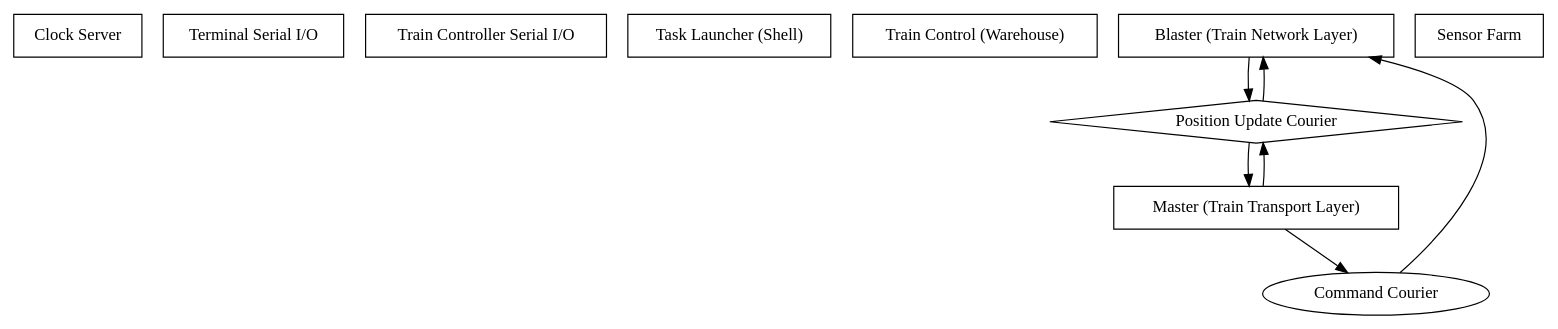
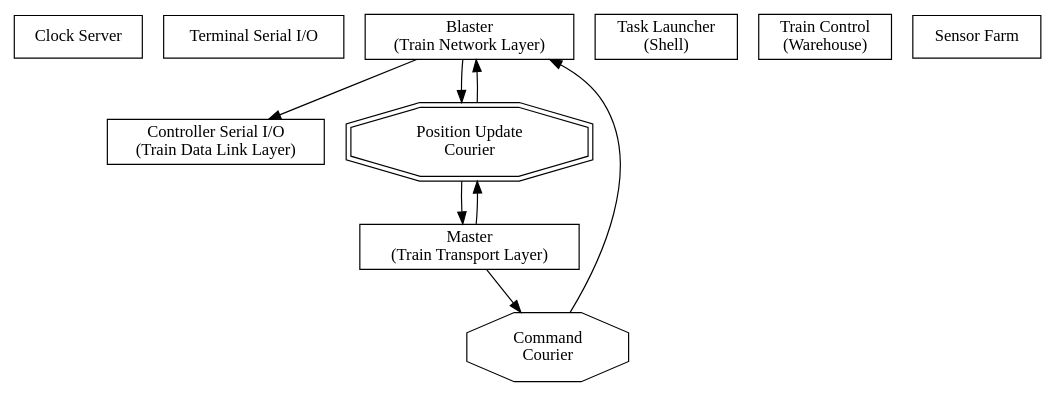
The diagram in report/tasks.dot (ferrous26/cs452-flaming-meme), drawn with Graphviz before and after one commit.

Commit message:
More fanciness for the graph

```diff
--- a/report/tasks.dot
+++ b/report/tasks.dot
@@ -1,21 +1,23 @@
 digraph tasks {
 
   clock_server  [label = "Clock Server", shape = record];
   term_server   [label = "Terminal Serial I/O", shape = record];
-  train_server  [label = "Train Controller Serial I/O", shape = record];
 
-  task_launcher [label = "Task Launcher (Shell)", shape = record];
+  train_server  [label = "Controller Serial I/O&#10;(Train Data Link Layer)", shape = record];
+  blaster -> train_server;
 
-  train_control [label = "Train Control (Warehouse)", shape = record];
-  blaster       [label = "Blaster (Train Network Layer)", shape = record];
-  master        [label = "Master (Train Transport Layer)", shape = record];
+  task_launcher [label = "Task Launcher&#10;(Shell)", shape = record];
 
-  mb_command_courier [label = "Command Courier", shape = oval];
+  train_control [label = "Train Control&#10;(Warehouse)", shape = record];
+  blaster       [label = "Blaster&#10;(Train Network Layer)", shape = record];
+  master        [label = "Master&#10;(Train Transport Layer)", shape = record];
+
+  mb_command_courier [label = "Command&#10;Courier", shape = octagon];
   master -> mb_command_courier -> blaster;
   
-  mb_location_courier [label = "Position Update Courier", shape = diamond];
+  mb_location_courier [label = "Position Update&#10;Courier", shape = doubleoctagon];
   master -> mb_location_courier -> blaster -> mb_location_courier -> master;
 
   sensor_farm   [label = "Sensor Farm", shape = record];
 
 }
```
